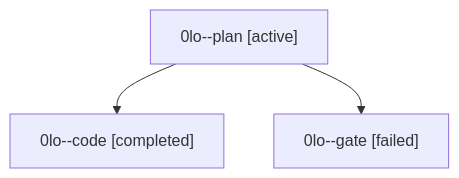
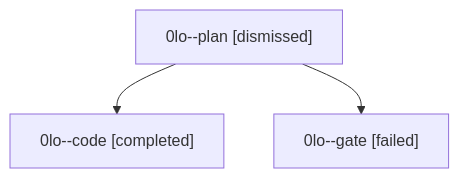
One commit to sase-org/sase--agents changed the diagram in sessions/bbugyi200.athena.0lo.md. Above: the diagram before and after it, drawn with Mermaid. The commit also changed other lines of this file and 42 other files, not shown here.

````diff
--- a/sessions/bbugyi200.athena.0lo.md
+++ b/sessions/bbugyi200.athena.0lo.md
@@ -9,8 +9,8 @@
 ```mermaid
 flowchart TD
-  n0["0lo--plan [active]"]
+  n0["0lo--plan [dismissed]"]
   n1["0lo--code [completed]"]
   n0 --> n1
   n2["0lo--gate [failed]"]
   n0 --> n2
 ```
````
